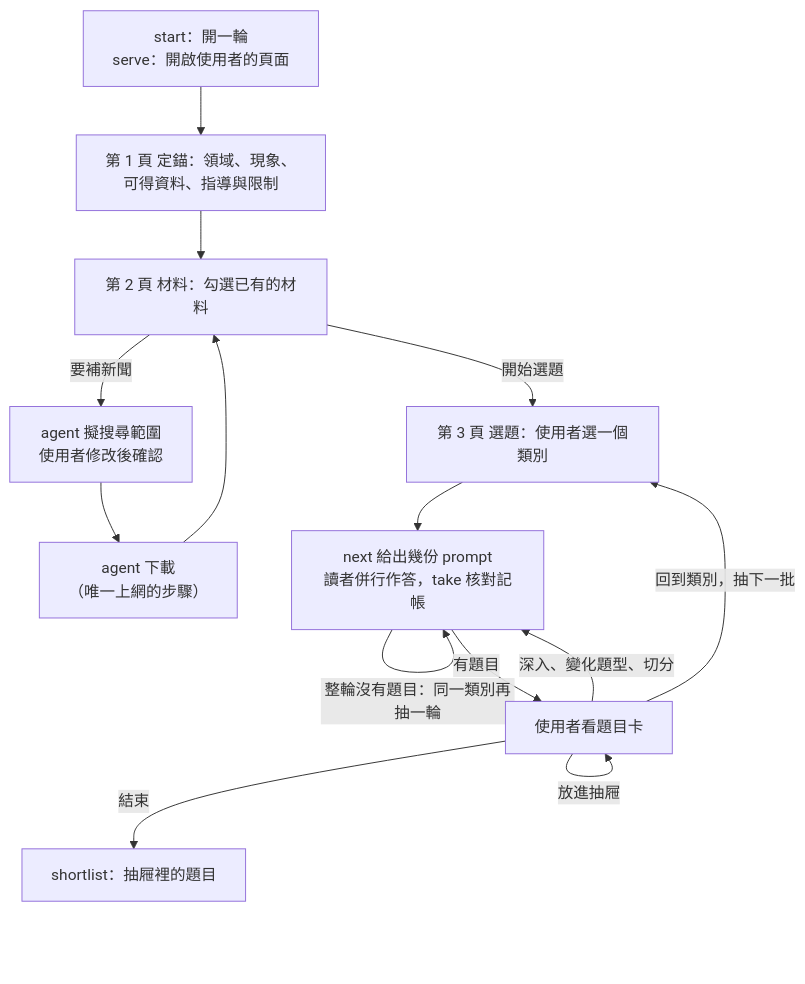
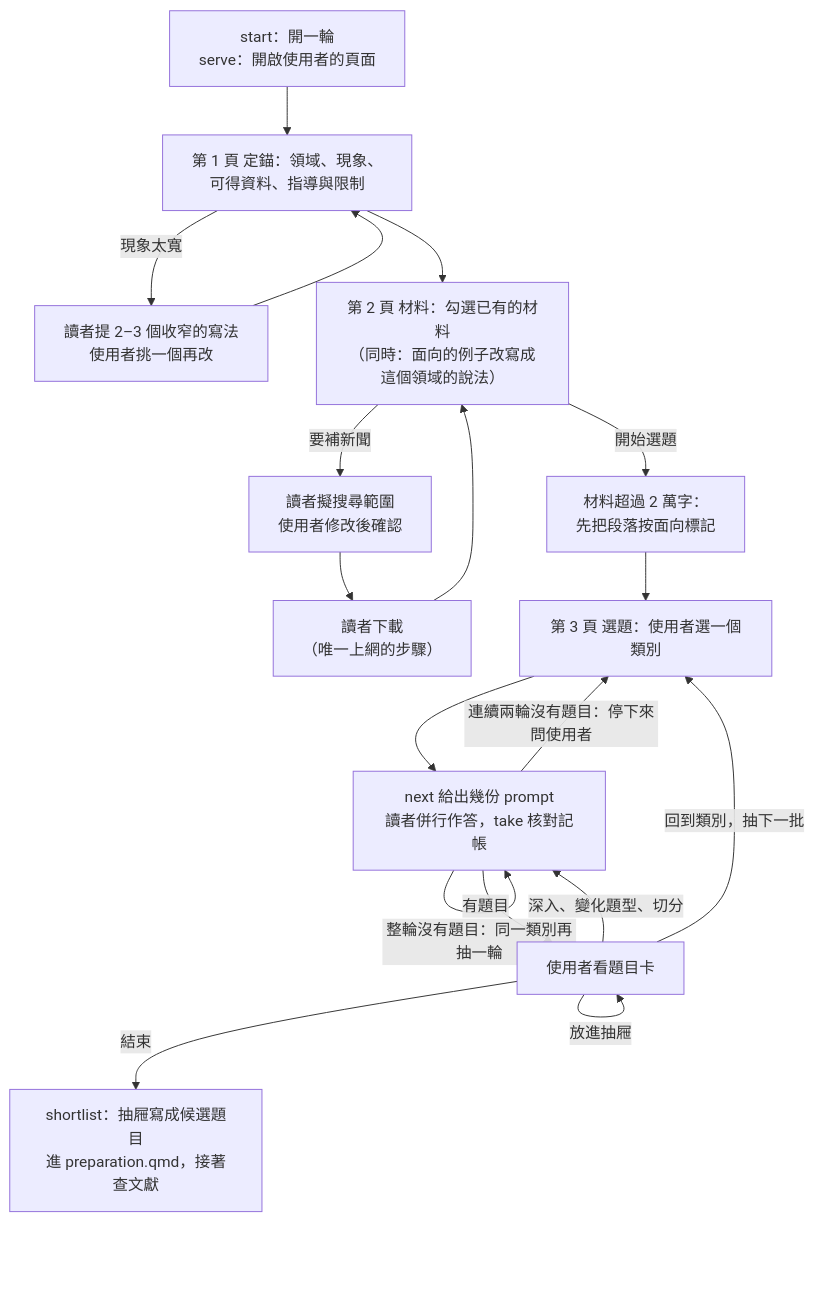
One commit to enstw/thesisbug2 changed the diagram in .agents/skills/topic-scout/reference/enumeration.md. Above: the diagram before and after it, drawn with Mermaid. The commit also changed other lines of this file and 11 other files, not shown here.

````diff
--- a/.agents/skills/topic-scout/reference/enumeration.md
+++ b/.agents/skills/topic-scout/reference/enumeration.md
@@ -10,16 +10,20 @@
 ```mermaid
 flowchart TD
     E["start：開一輪<br>serve：開啟使用者的頁面"] --> A["第 1 頁 定錨：領域、現象、<br>可得資料、指導與限制"]
-    A --> D["第 2 頁 材料：勾選已有的材料"]
-    D -->|"要補新聞"| B["agent 擬搜尋範圍<br>使用者修改後確認"]
-    B --> C["agent 下載<br>（唯一上網的步驟）"]
+    A -->|"現象太寬"| A2["讀者提 2–3 個收窄的寫法<br>使用者挑一個再改"]
+    A2 --> A
+    A --> D["第 2 頁 材料：勾選已有的材料<br>（同時：面向的例子改寫成這個領域的說法）"]
+    D -->|"要補新聞"| B["讀者擬搜尋範圍<br>使用者修改後確認"]
+    B --> C["讀者下載<br>（唯一上網的步驟）"]
     C --> D
-    D -->|"開始選題"| F["第 3 頁 選題：使用者選一個類別"]
+    D -->|"開始選題"| X["材料超過 2 萬字：<br>先把段落按面向標記"]
+    X --> F["第 3 頁 選題：使用者選一個類別"]
     F --> G["next 給出幾份 prompt<br>讀者併行作答，take 核對記帳"]
     G -->|"整輪沒有題目：同一類別再抽一輪"| G
+    G -->|"連續兩輪沒有題目：停下來問使用者"| F
     G -->|"有題目"| H["使用者看題目卡"]
     H -->|"放進抽屜"| H
     H -->|"深入、變化題型、切分"| G
     H -->|"回到類別，抽下一批"| F
-    H -->|"結束"| I["shortlist：抽屜裡的題目"]
+    H -->|"結束"| I["shortlist：抽屜寫成候選題目<br>進 preparation.qmd，接著查文獻"]
 ```
````
